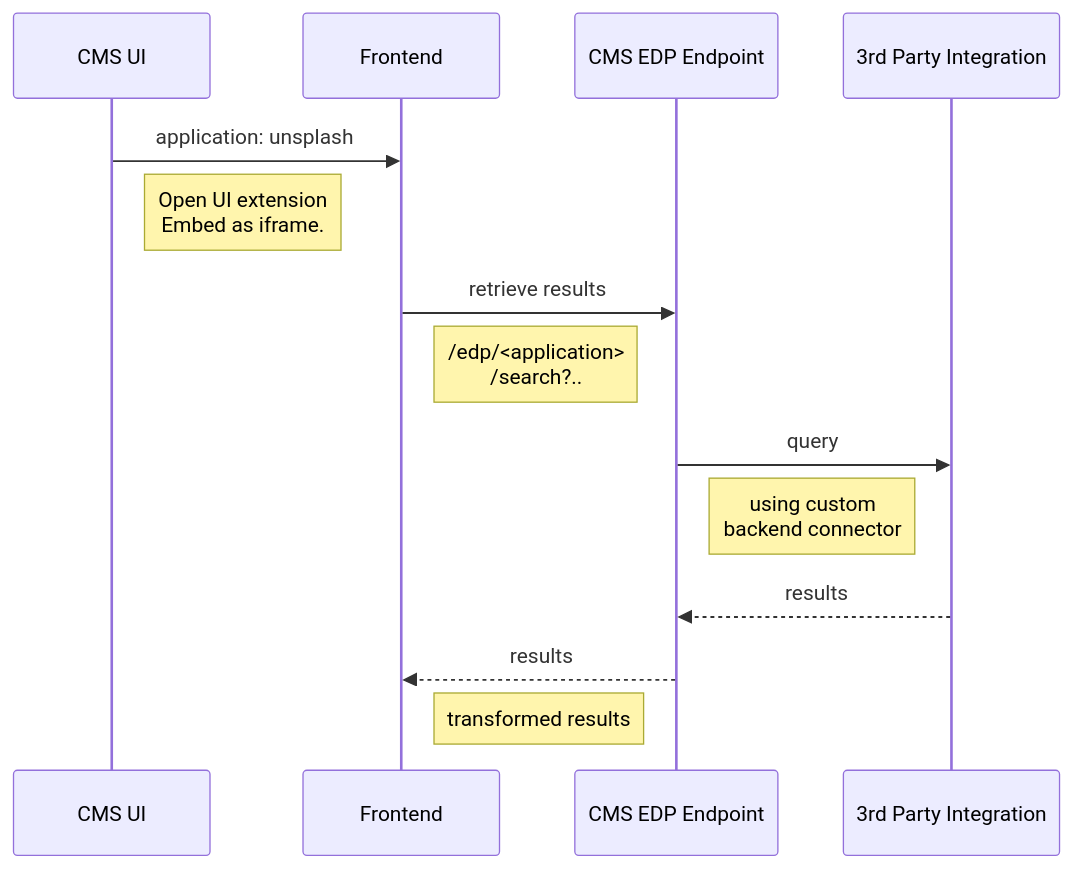
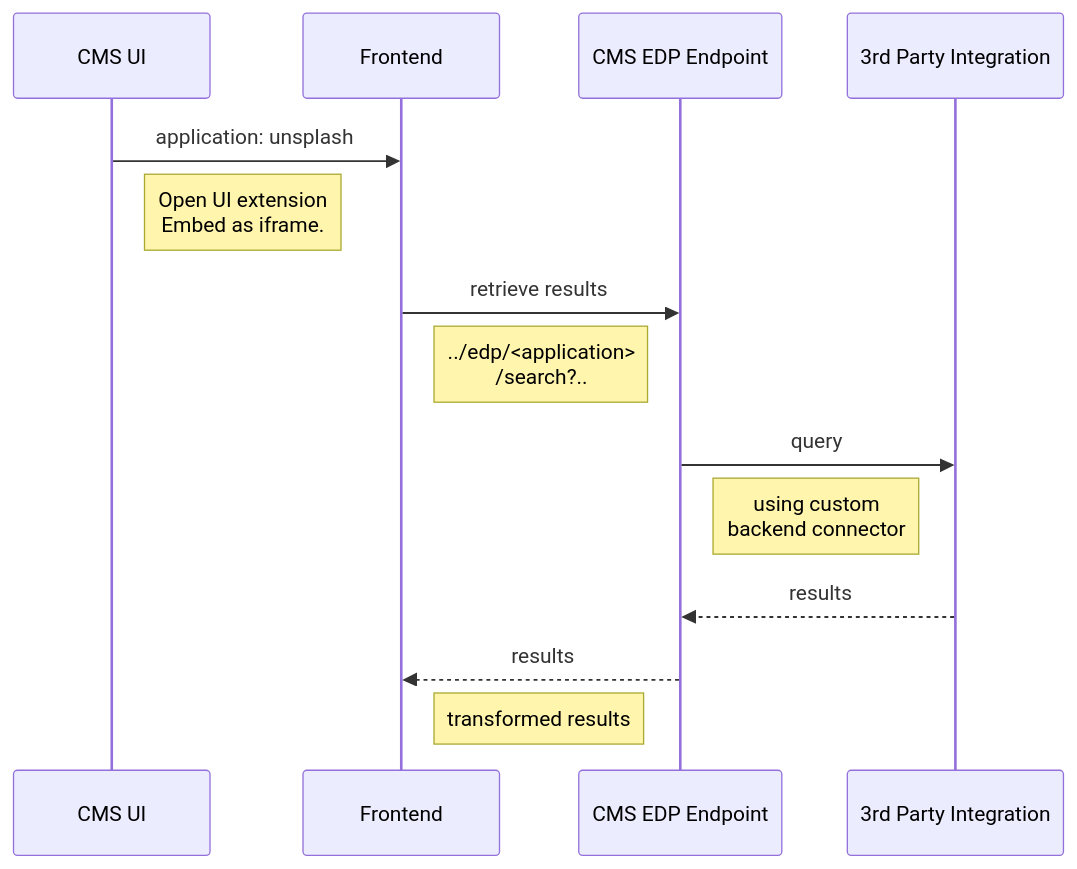
One commit to bloomreach/brxm-open-ui-external-document-picker changed the diagram in README.md. Above: the diagram before and after it, drawn with Mermaid. The commit also changed other lines of this file, not shown here.

````diff
--- a/README.md
+++ b/README.md
@@ -213,17 +213,17 @@
 ```mermaid
 sequenceDiagram
 
 CMS UI ->> Frontend: application: unsplash
 Note right of CMS UI: Open UI extension <br/> Embed as iframe.
 Frontend ->> CMS EDP Endpoint: retrieve results
-Note right of Frontend: /edp/<application><br/>/search?..
+Note right of Frontend: ../edp/<application><br/>/search?..
 CMS EDP Endpoint ->> 3rd Party Integration: query
 Note right of CMS EDP Endpoint: using custom <br/> backend connector
 3rd Party Integration -->> CMS EDP Endpoint: results 
 CMS EDP Endpoint -->> Frontend: results 
 Note right of Frontend: transformed results
 
 
 
 
 ```
````
